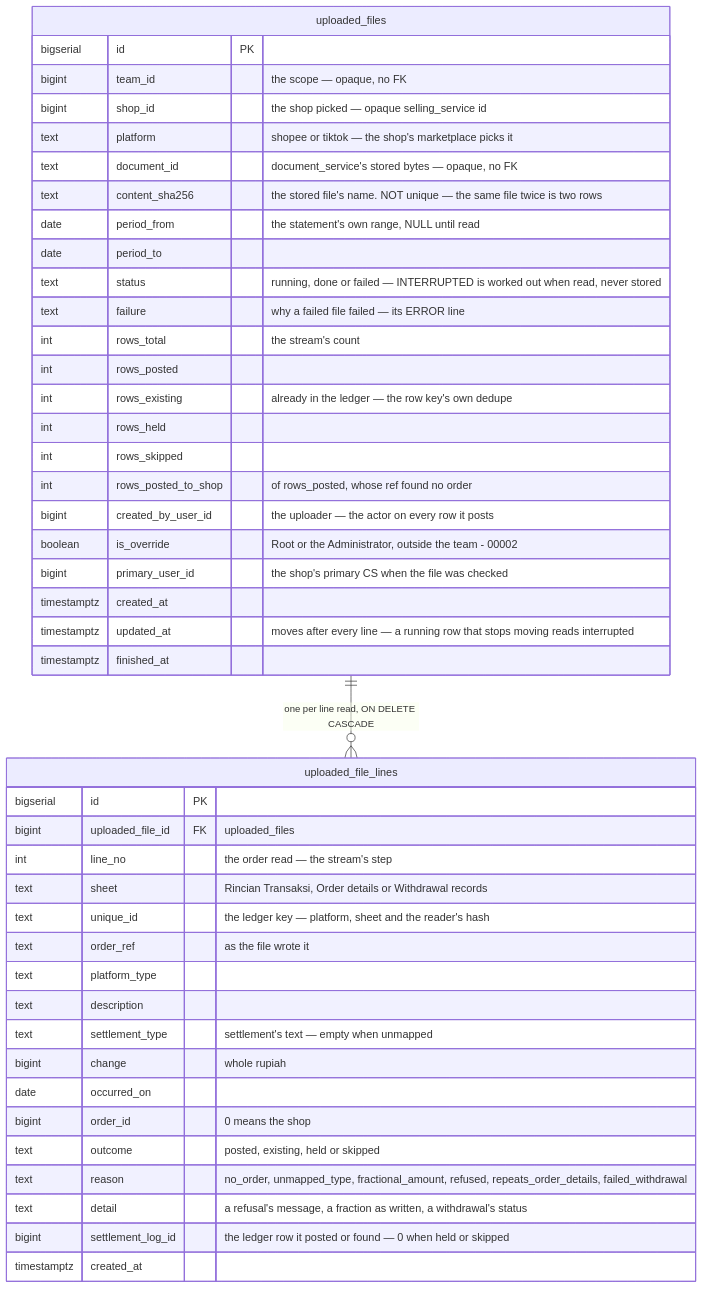
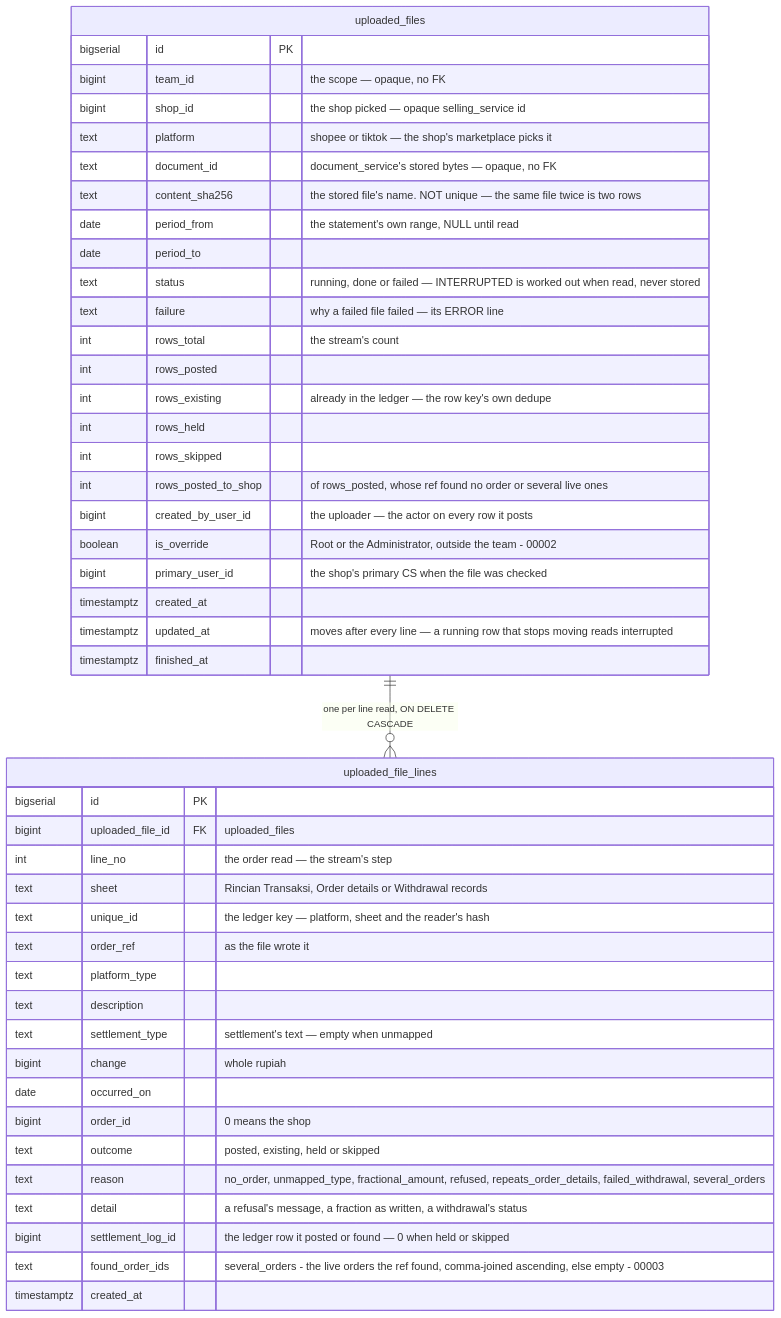
Diagram 19 of 22 in docs/database-schema.md (pdcgo/warehouse_revamp), drawn with Mermaid before and after one commit. The commit also changed other lines of this file and 348 other files, not shown here.

````diff
--- a/docs/database-schema.md
+++ b/docs/database-schema.md
@@ -2145,47 +2167,48 @@
 ```mermaid
 erDiagram
   uploaded_files ||--o{ uploaded_file_lines : "one per line read, ON DELETE CASCADE"
   uploaded_files {
     bigserial id PK
     bigint team_id "the scope — opaque, no FK"
     bigint shop_id "the shop picked — opaque selling_service id"
     text platform "shopee or tiktok — the shop's marketplace picks it"
     text document_id "document_service's stored bytes — opaque, no FK"
     text content_sha256 "the stored file's name. NOT unique — the same file twice is two rows"
     date period_from "the statement's own range, NULL until read"
     date period_to
     text status "running, done or failed — INTERRUPTED is worked out when read, never stored"
     text failure "why a failed file failed — its ERROR line"
     int rows_total "the stream's count"
     int rows_posted
     int rows_existing "already in the ledger — the row key's own dedupe"
     int rows_held
     int rows_skipped
-    int rows_posted_to_shop "of rows_posted, whose ref found no order"
+    int rows_posted_to_shop "of rows_posted, whose ref found no order or several live ones"
     bigint created_by_user_id "the uploader — the actor on every row it posts"
     boolean is_override "Root or the Administrator, outside the team - 00002"
     bigint primary_user_id "the shop's primary CS when the file was checked"
     timestamptz created_at
     timestamptz updated_at "moves after every line — a running row that stops moving reads interrupted"
     timestamptz finished_at
   }
   uploaded_file_lines {
     bigserial id PK
     bigint uploaded_file_id FK "uploaded_files"
     int line_no "the order read — the stream's step"
     text sheet "Rincian Transaksi, Order details or Withdrawal records"
     text unique_id "the ledger key — platform, sheet and the reader's hash"
     text order_ref "as the file wrote it"
     text platform_type
     text description
     text settlement_type "settlement's text — empty when unmapped"
     bigint change "whole rupiah"
     date occurred_on
     bigint order_id "0 means the shop"
     text outcome "posted, existing, held or skipped"
-    text reason "no_order, unmapped_type, fractional_amount, refused, repeats_order_details, failed_withdrawal"
+    text reason "no_order, unmapped_type, fractional_amount, refused, repeats_order_details, failed_withdrawal, several_orders"
     text detail "a refusal's message, a fraction as written, a withdrawal's status"
     bigint settlement_log_id "the ledger row it posted or found — 0 when held or skipped"
+    text found_order_ids "several_orders - the live orders the ref found, comma-joined ascending, else empty - 00003"
     timestamptz created_at
   }
 ```
````
